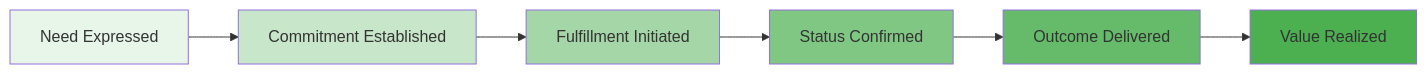
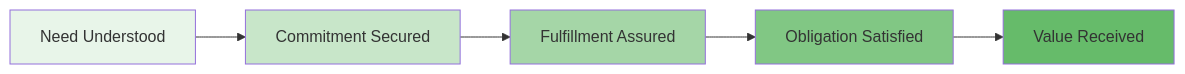
One commit to Evilazaro/Azure-LogicApps-Monitoring changed the seventh of 10 diagrams in docs/architecture/01-business-architecture.md. Above: the diagram before and after it, drawn with Mermaid. The commit also changed other lines of this file, not shown here.

Commit message:
Refactor Business Architecture document: update terminology and enhance clarity in commitment management and fulfillment sections

````diff
--- a/docs/architecture/01-business-architecture.md
+++ b/docs/architecture/01-business-architecture.md
@@ -235,15 +235,13 @@
 ```mermaid
 graph LR
-    A[Need Expressed] --> B[Commitment Established]
-    B --> C[Fulfillment Initiated]
-    C --> D[Status Confirmed]
-    D --> E[Outcome Delivered]
-    E --> F[Value Realized]
+    A[Need Understood] --> B[Commitment Secured]
+    B --> C[Fulfillment Assured]
+    C --> D[Obligation Satisfied]
+    D --> E[Value Received]
 
     style A fill:#e8f5e9
     style B fill:#c8e6c9
     style C fill:#a5d6a7
     style D fill:#81c784
     style E fill:#66bb6a
-    style F fill:#4caf50
 ```
````
